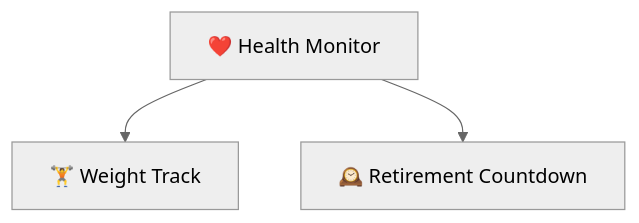
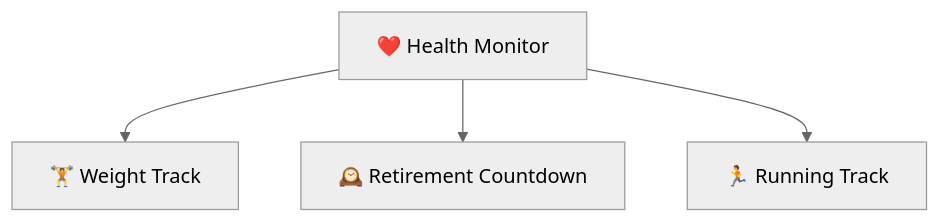
The diagram in docs/notes/health/index.md (xiongjia/xiongjia.github.com), drawn with Mermaid (neutral theme) before and after one commit. The commit also changed other lines of this file and 14 other files, not shown here.

Commit message:
feat(health): add Running Track monitor, update weight, document backlinks architecture (#41)

````diff
--- a/docs/notes/health/index.md
+++ b/docs/notes/health/index.md
@@ -11,9 +11,11 @@
 ```mermaid
 graph TD
   A["❤️ Health Monitor"] --> B["🏋️ Weight Track"]
   A --> C["🕰️ Retirement Countdown"]
+  A --> D["🏃 Running Track"]
 
   click A "/notes/health/" "Health Monitor"
   click B "/notes/health/weight/" "Weight Track"
   click C "/notes/health/retire/" "Retirement Countdown"
+  click D "/notes/health/running/" "Running Track"
 ```
````
